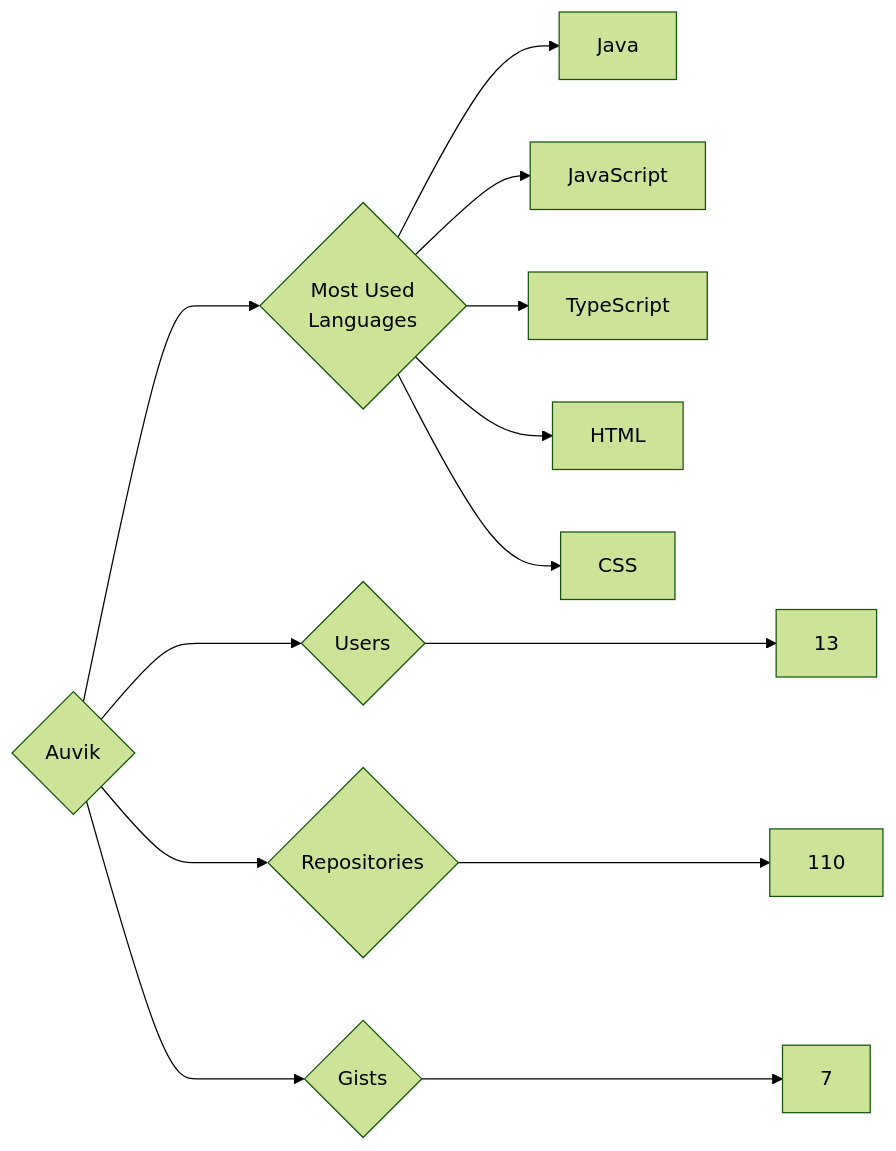
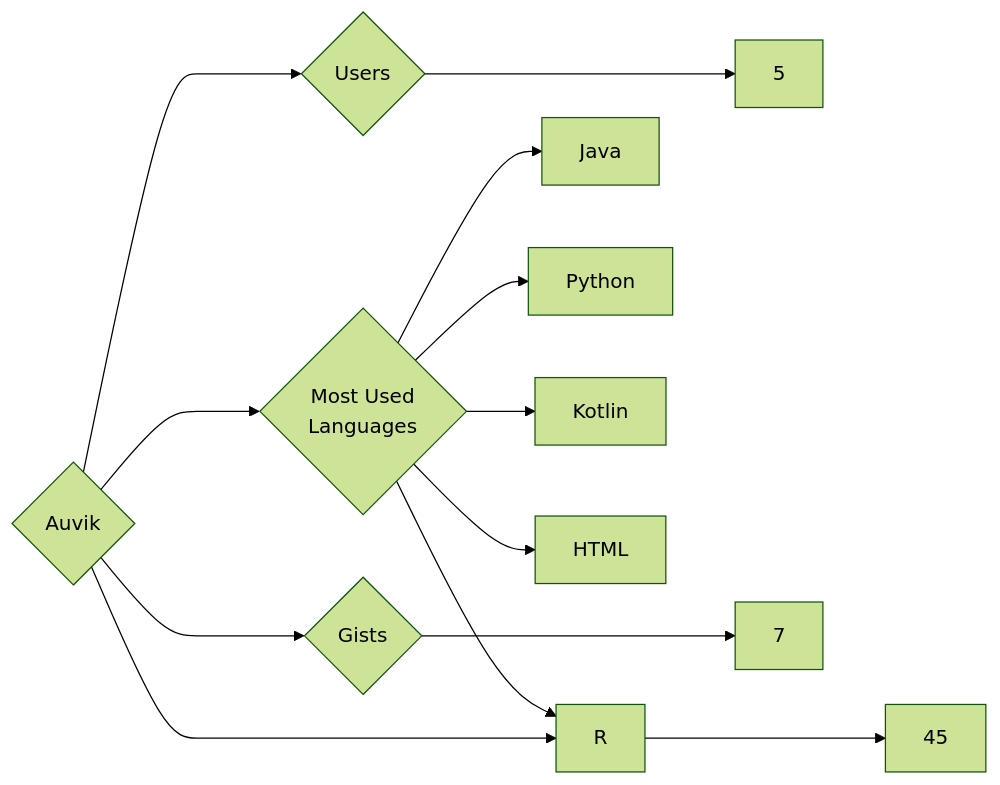
Before and after one commit to trickest/insiders: the diagram in targets/Auvik/README.md, drawn with Mermaid (forest theme). The commit also changed 953 other files, not shown here.

````diff
--- a/targets/Auvik/README.md
+++ b/targets/Auvik/README.md
@@ -3,13 +3,13 @@
 ```mermaid
 graph LR
 COMPANY_NAME{Auvik}
-COMPANY_NAME ---> U{Users} ---> UN[13]
-COMPANY_NAME ---> R{Repositories} ---> RN[110]
+COMPANY_NAME ---> U{Users} ---> UN[5]
+COMPANY_NAME ---> R{Repositories} ---> RN[45]
 COMPANY_NAME ---> G{Gists} ---> GN[7]
 COMPANY_NAME ---> ML{Most Used<br>Languages}
 ML --> Java[Java]
-ML --> JavaScript[JavaScript]
-ML --> TypeScript[TypeScript]
+ML --> Python[Python]
+ML --> Kotlin[Kotlin]
 ML --> HTML[HTML]
-ML --> CSS[CSS]
+ML --> R[R]
 ```
````
